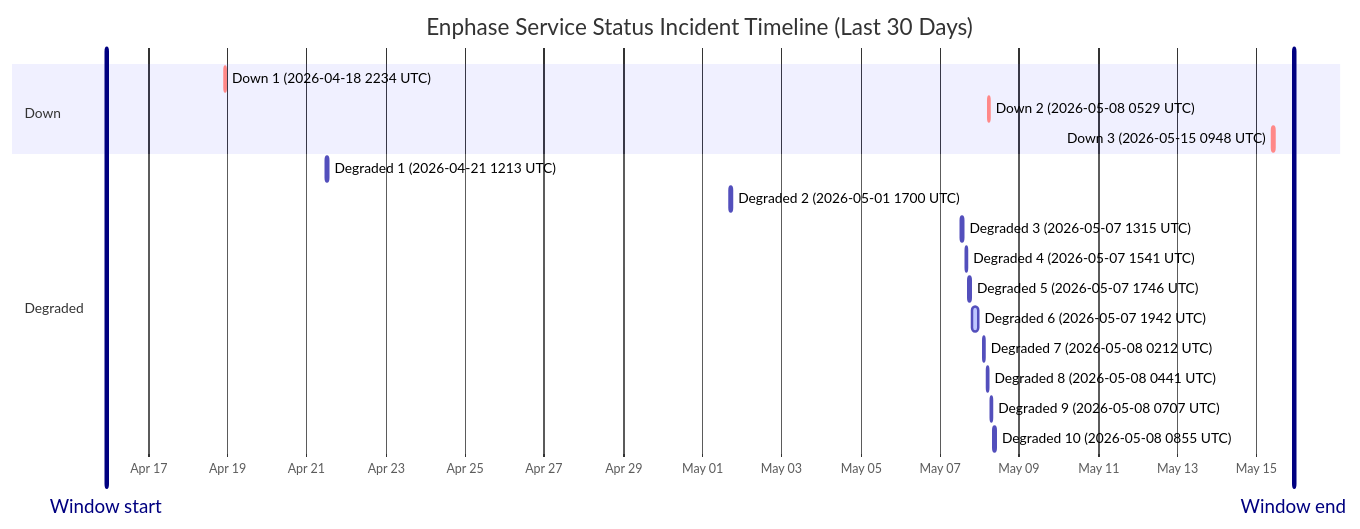
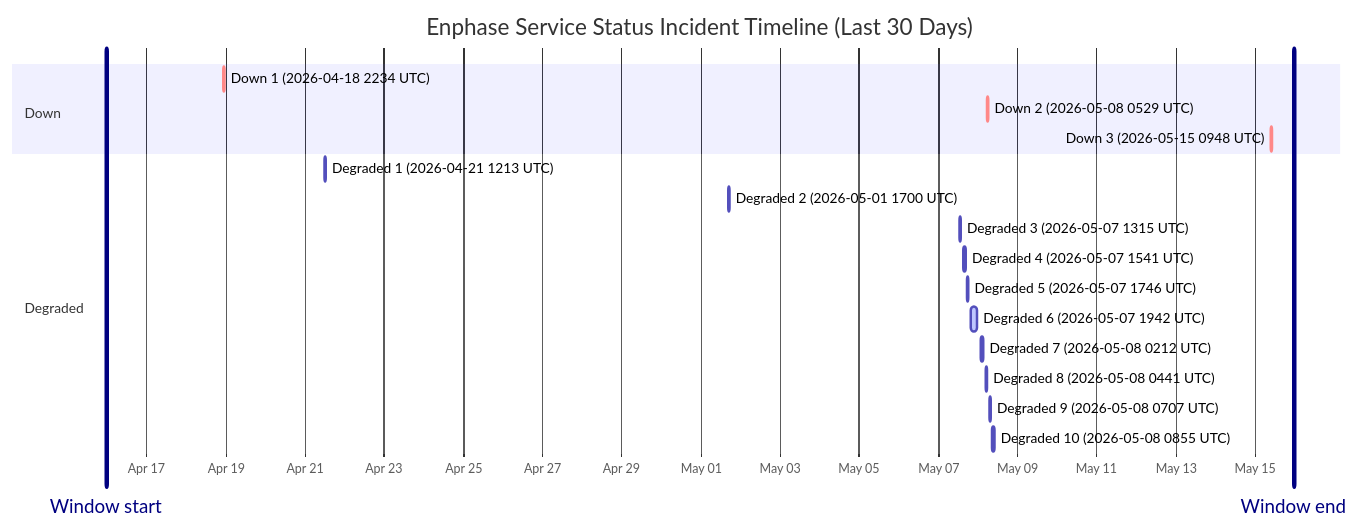
One commit to barneyonline/ha-enphase-ev-charger changed the diagram in wiki/Service-Status-History.md. Above: the diagram before and after it, drawn with Mermaid. The commit also changed other lines of this file and 3 other files, not shown here.

````diff
--- a/wiki/Service-Status-History.md
+++ b/wiki/Service-Status-History.md
@@ -14,23 +14,23 @@
 ```mermaid
 gantt
     title Enphase Service Status Incident Timeline (Last 30 Days)
     dateFormat  YYYY-MM-DDTHH:mm:ss
     axisFormat  %b %d
-    Window start :vert, window-start, 2026-04-15T22:29:31, 0ms
-    Window end :vert, window-end, 2026-05-15T22:29:31, 0ms
+    Window start :vert, window-start, 2026-04-15T23:30:28, 0ms
+    Window end :vert, window-end, 2026-05-15T23:30:28, 0ms
     section Down
     Down 1 (2026-04-18 2234 UTC) :crit, down-1, 2026-04-18T22:34:13, 60m
     Down 2 (2026-05-08 0529 UTC) :crit, down-2, 2026-05-08T05:29:47, 60m
     Down 3 (2026-05-15 0948 UTC) :crit, down-3, 2026-05-15T09:48:18, 60m
     section Degraded
     Degraded 1 (2026-04-21 1213 UTC) :active, degraded-1, 2026-04-21T12:13:11, 60m
     Degraded 2 (2026-05-01 1700 UTC) :active, degraded-2, 2026-05-01T17:00:22, 60m
     Degraded 3 (2026-05-07 1315 UTC) :active, degraded-3, 2026-05-07T13:15:25, 60m
     Degraded 4 (2026-05-07 1541 UTC) :active, degraded-4, 2026-05-07T15:41:58, 60m
     Degraded 5 (2026-05-07 1746 UTC) :active, degraded-5, 2026-05-07T17:46:51, 60m
     Degraded 6 (2026-05-07 1942 UTC) :active, degraded-6, 2026-05-07T19:42:10, 249m
     Degraded 7 (2026-05-08 0212 UTC) :active, degraded-7, 2026-05-08T02:12:39, 60m
     Degraded 8 (2026-05-08 0441 UTC) :active, degraded-8, 2026-05-08T04:41:46, 60m
     Degraded 9 (2026-05-08 0707 UTC) :active, degraded-9, 2026-05-08T07:07:30, 60m
     Degraded 10 (2026-05-08 0855 UTC) :active, degraded-10, 2026-05-08T08:55:20, 88m
 ```
````
